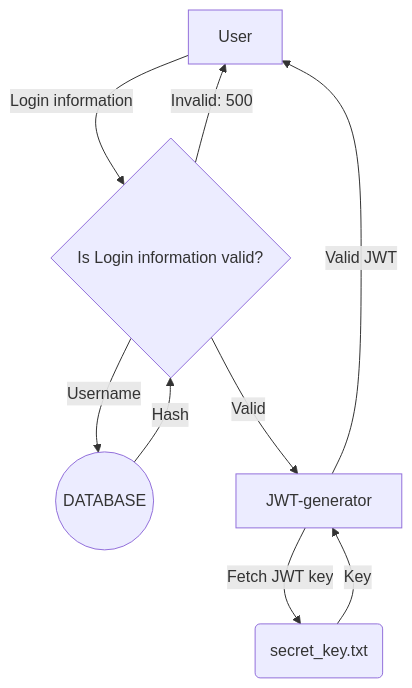
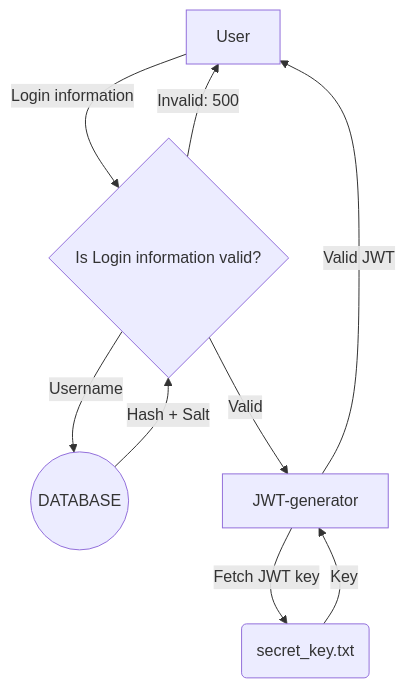
The third of 5 diagrams in docs/access-control.md (Slenderman00/show-it), drawn with Mermaid before and after one commit.

Commit message:
fix: cant forget salt

````diff
--- a/docs/access-control.md
+++ b/docs/access-control.md
@@ -55,11 +55,11 @@
 ```mermaid
 graph TD
 A[User] -- Login information --> B{Is Login information valid?}
 B -- Username --> C((DATABASE))
-C -- Hash --> B
+C -- Hash + Salt --> B
 B -- Valid --> D[JWT-generator]
 B -- Invalid: 500 --> A
 D -- Fetch JWT key --> E(secret_key.txt)
 E -- Key --> D
 D -- Valid JWT --> A
 ```
````
